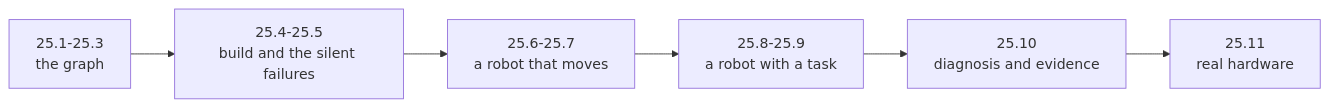
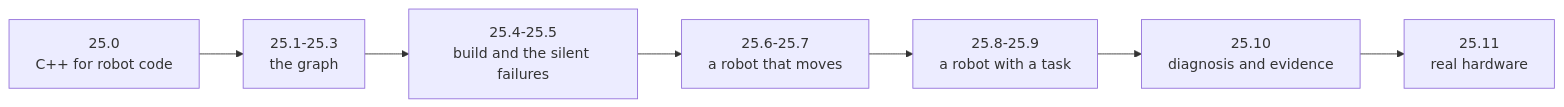
The first of 2 diagrams in content/04-robotics/ros2/index.md (jiseop-byeon/phd-wiki), drawn with Mermaid before and after one commit. The commit also changed other lines of this file and 79 other files, not shown here.

````diff
--- a/content/04-robotics/ros2/index.md
+++ b/content/04-robotics/ros2/index.md
@@ -37,8 +37,9 @@
 ```mermaid
 flowchart LR
+    Z["25.0<br/>C++ for robot code"] --> A
     A["25.1-25.3<br/>the graph"] --> B["25.4-25.5<br/>build and the silent failures"]
     B --> C["25.6-25.7<br/>a robot that moves"]
     C --> D["25.8-25.9<br/>a robot with a task"]
     D --> E["25.10<br/>diagnosis and evidence"]
     E --> F["25.11<br/>real hardware"]
 ```
````
